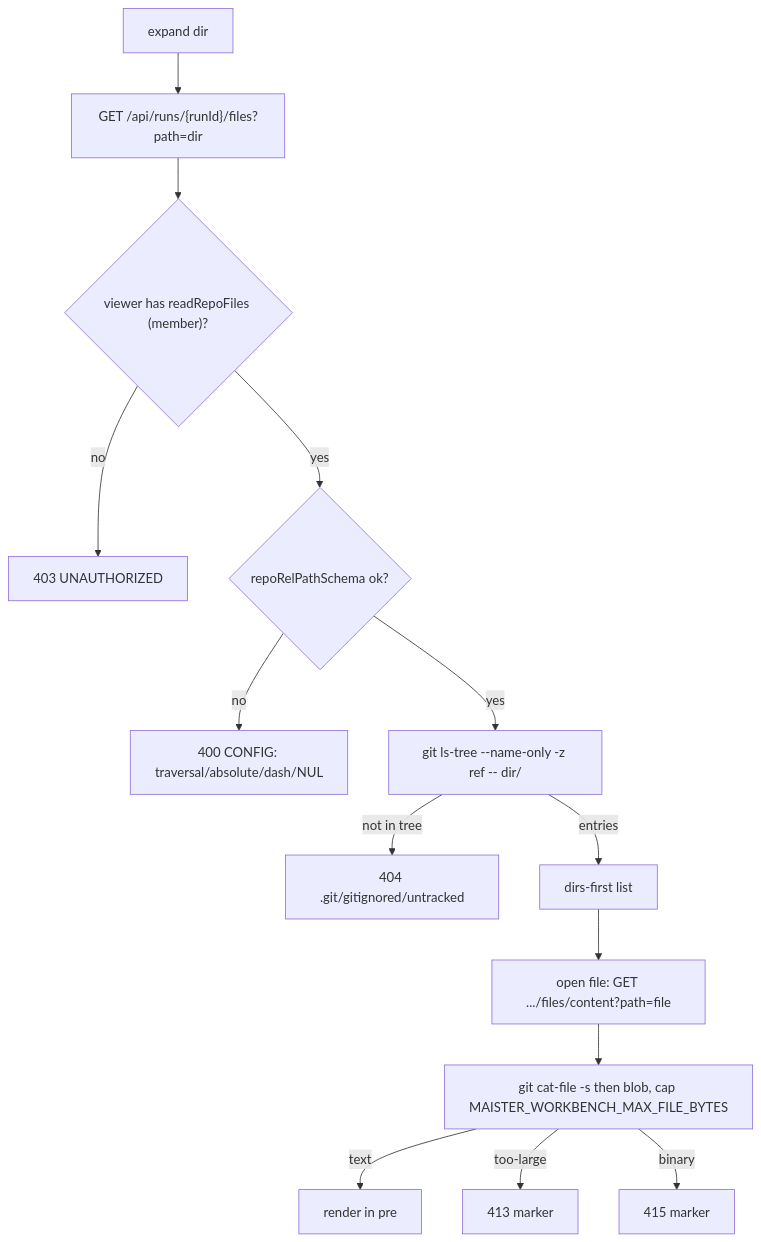
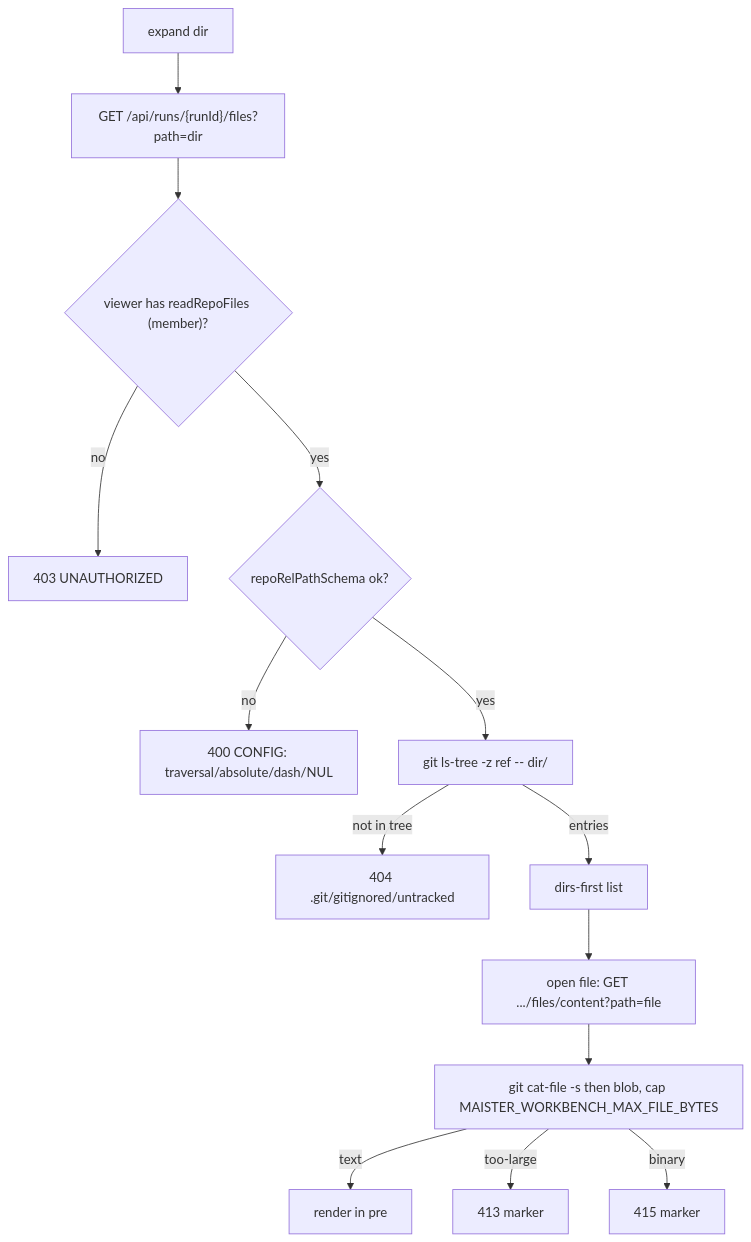
One commit to maister-dev/maister changed the fifth of 6 diagrams in docs/system-analytics/workbench.md. Above: the diagram before and after it, drawn with Mermaid. The commit also changed 18 other files, not shown here.

````diff
--- a/docs/system-analytics/workbench.md
+++ b/docs/system-analytics/workbench.md
@@ -121,16 +121,16 @@
 ```mermaid
 flowchart TD
     Expand["expand dir"] --> Files["GET /api/runs/{runId}/files?path=dir"]
     Files --> Gate{"viewer has readRepoFiles (member)?"}
     Gate -- no --> F403["403 UNAUTHORIZED"]
     Gate -- yes --> Val{"repoRelPathSchema ok?"}
     Val -- no --> F400["400 CONFIG: traversal/absolute/dash/NUL"]
-    Val -- yes --> LsTree["git ls-tree --name-only -z ref -- dir/"]
+    Val -- yes --> LsTree["git ls-tree -z ref -- dir/"]
     LsTree -- not in tree --> F404["404 .git/gitignored/untracked"]
     LsTree -- entries --> Render["dirs-first list"]
     Render --> OpenF["open file: GET .../files/content?path=file"]
     OpenF --> Blob["git cat-file -s then blob, cap MAISTER_WORKBENCH_MAX_FILE_BYTES"]
     Blob -- text --> Pre["render in pre"]
     Blob -- too-large --> F413["413 marker"]
     Blob -- binary --> F415["415 marker"]
 ```
````
